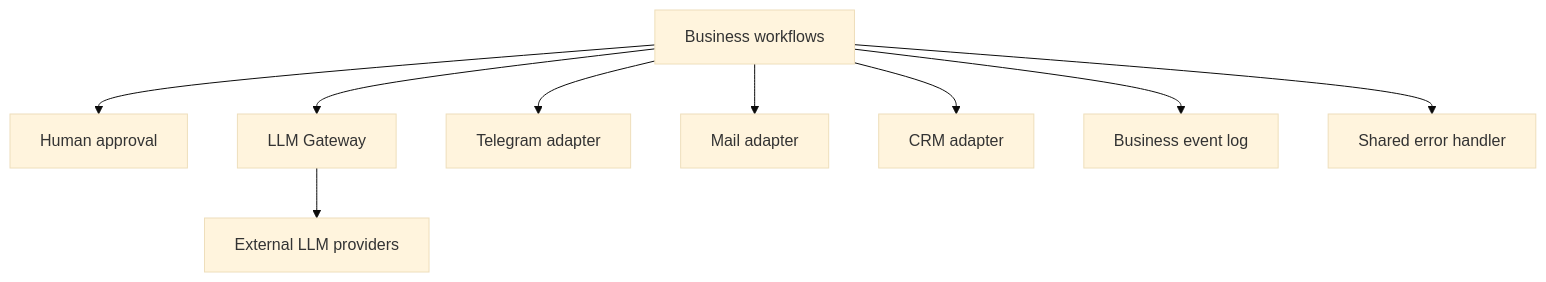
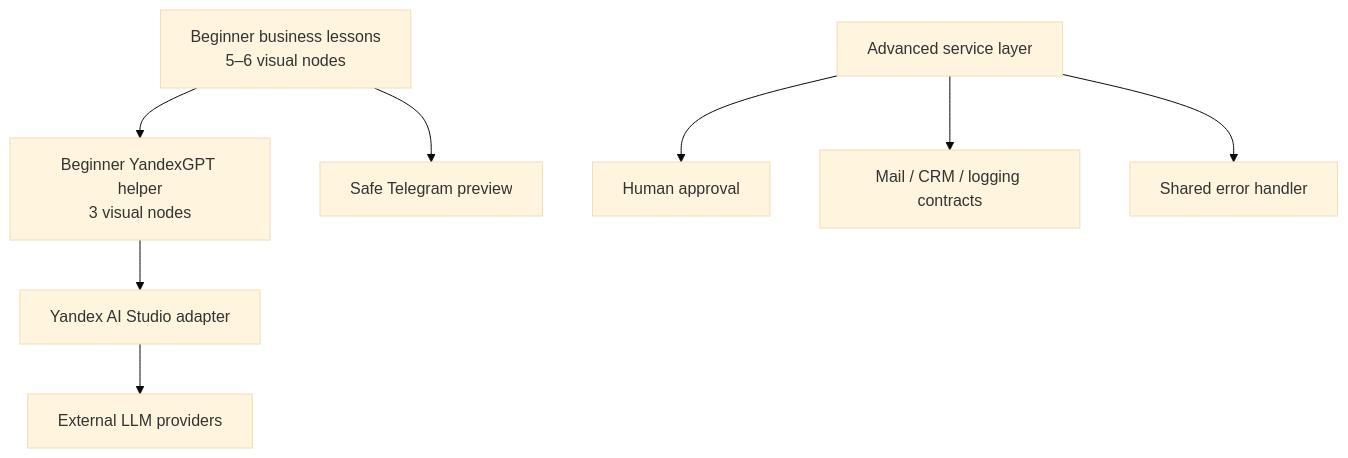
One commit to marcusaure1ius/alfa-ai-course changed the second of 2 diagrams in docs/architecture.md. Above: the diagram before and after it, drawn with Mermaid (base theme). The commit also changed other lines of this file and 28 other files, not shown here.

Commit message:
T-0042: пересобрать beginner workflows без Code nodes

````diff
--- a/docs/architecture.md
+++ b/docs/architecture.md
@@ -113,11 +113,10 @@
 ```mermaid
 flowchart TD
-  B["Business workflows"] --> A["Human approval"]
-  B --> G["LLM Gateway"]
-  B --> T["Telegram adapter"]
-  B --> M["Mail adapter"]
-  B --> R["CRM adapter"]
-  B --> L["Business event log"]
-  B --> E["Shared error handler"]
+  B["Beginner business lessons\n5–6 visual nodes"] --> H["Beginner YandexGPT helper\n3 visual nodes"]
+  B --> T["Safe Telegram preview"]
+  H --> G["Yandex AI Studio adapter"]
+  S["Advanced service layer"] --> A["Human approval"]
+  S --> M["Mail / CRM / logging contracts"]
+  S --> E["Shared error handler"]
   G --> X["External LLM providers"]
 ```
````
